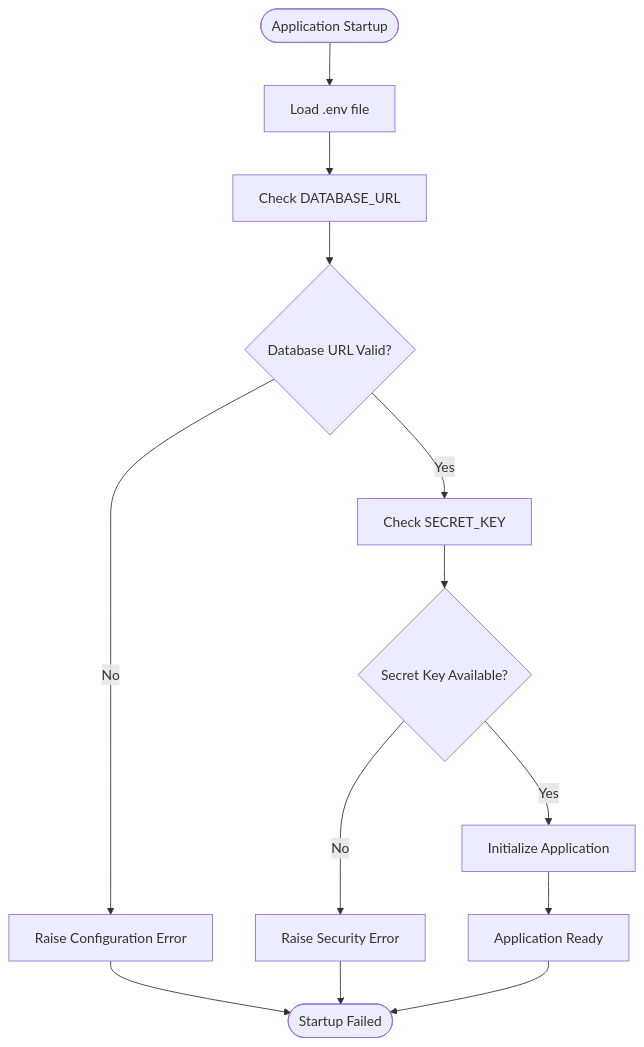
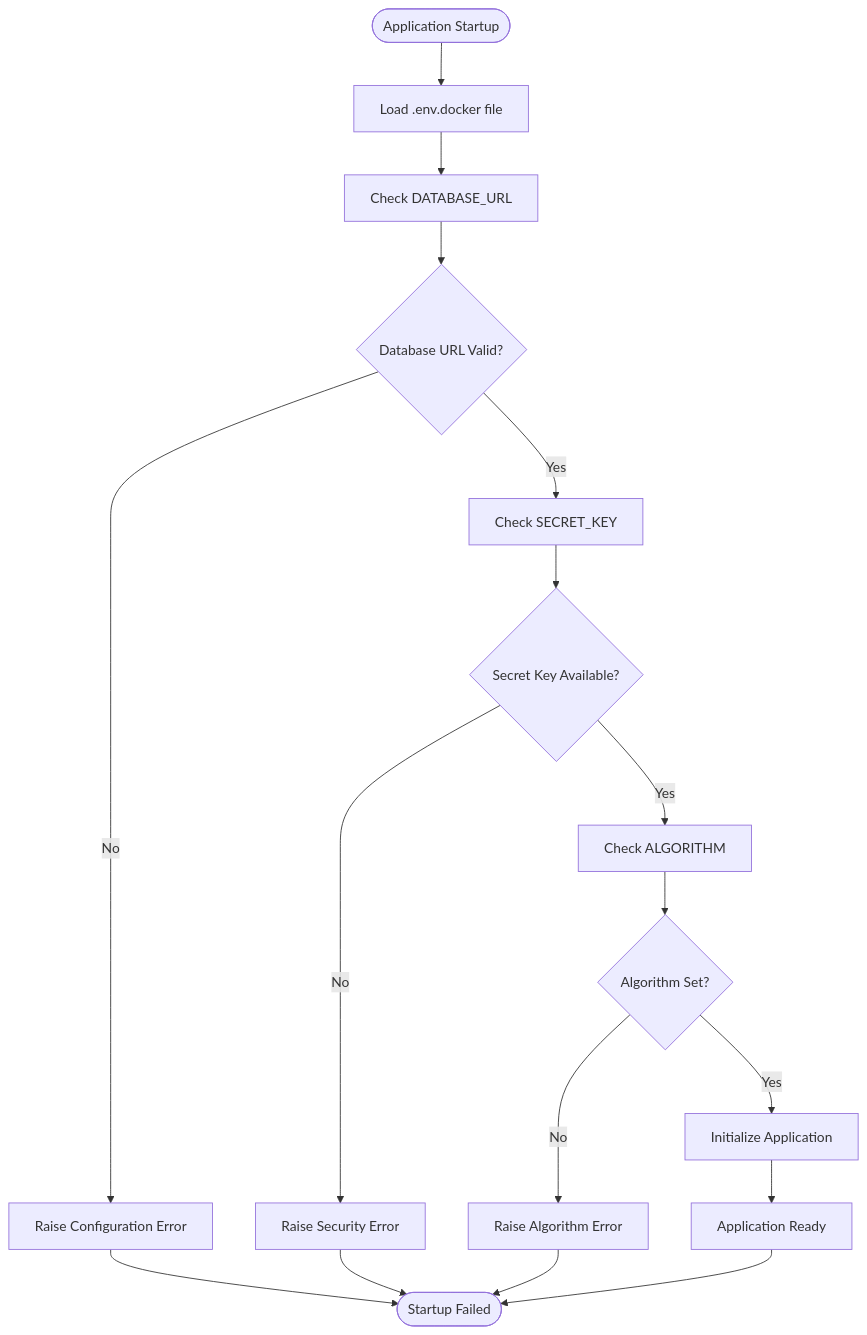
One commit to srikant-panda/auth-service changed the sixth of 7 diagrams in .qoder/repowiki/en/content/Testing and Deployment/Deployment and Containerization.md. Above: the diagram before and after it, drawn with Mermaid. The commit also changed other lines of this file and 7 other files, not shown here.

````diff
--- a/.qoder/repowiki/en/content/Testing and Deployment/Deployment and Containerization.md
+++ b/.qoder/repowiki/en/content/Testing and Deployment/Deployment and Containerization.md
@@ -221,15 +272,19 @@
 ```mermaid
 flowchart TD
-START(["Application Startup"]) --> LOADENV["Load .env file"]
+START(["Application Startup"]) --> LOADENV["Load .env.docker file"]
 LOADENV --> CHECKDB["Check DATABASE_URL"]
 CHECKDB --> DBVALID{"Database URL Valid?"}
 DBVALID --> |No| ERROR1["Raise Configuration Error"]
 DBVALID --> |Yes| CHECKSECRET["Check SECRET_KEY"]
 CHECKSECRET --> SECRETVALID{"Secret Key Available?"}
 SECRETVALID --> |No| ERROR2["Raise Security Error"]
-SECRETVALID --> |Yes| INITAPP["Initialize Application"]
+SECRETVALID --> |Yes| CHECKALGO["Check ALGORITHM"]
+CHECKALGO --> ALGOVALID{"Algorithm Set?"}
+ALGOVALID --> |No| ERROR3["Raise Algorithm Error"]
+ALGOVALID --> |Yes| INITAPP["Initialize Application"]
 INITAPP --> READY["Application Ready"]
 ERROR1 --> END(["Startup Failed"])
 ERROR2 --> END
+ERROR3 --> END
 READY --> END
 ```
````
